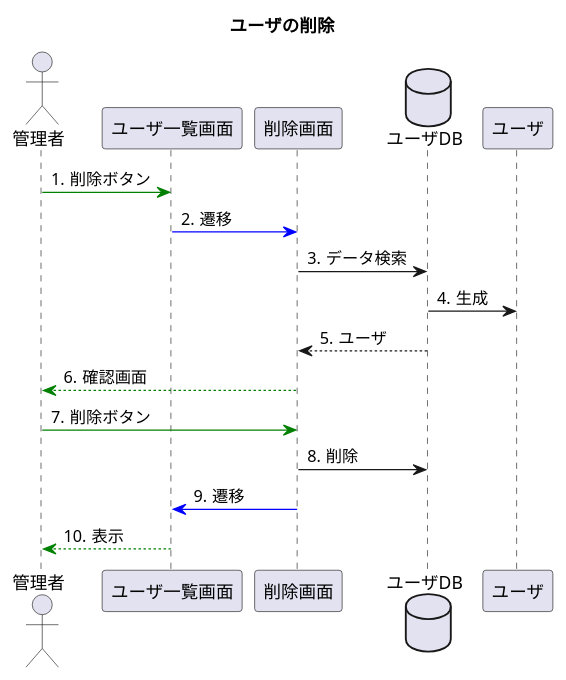
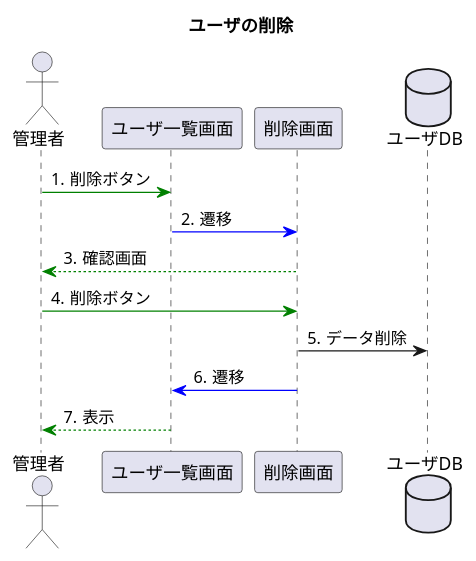
The diagram in uml/seq_del.pu (toufu66/ProjectC), drawn with PlantUML before and after one commit.

Commit message:
シーケンス図（削除）

```diff
--- a/uml/seq_del.pu
+++ b/uml/seq_del.pu
@@ -1,22 +1,19 @@
 @startuml
 title ユーザの削除
 
 autonumber "#."
 
 actor 管理者
 participant ユーザ一覧画面
 participant 削除画面
 database ユーザDB
-participant ユーザ
+
 
 管理者 -[#green]> ユーザ一覧画面:削除ボタン
 ユーザ一覧画面 -[#blue]> 削除画面:遷移
-削除画面 -> ユーザDB:データ検索
-ユーザDB -> ユーザ:生成
-ユーザDB --> 削除画面:ユーザ
 削除画面 --[#green]> 管理者:確認画面
 管理者 -[#green]> 削除画面:削除ボタン
-削除画面 -> ユーザDB:削除
+削除画面 -> ユーザDB:データ削除
 削除画面 -[#blue]> ユーザ一覧画面:遷移
 ユーザ一覧画面 --[#green]> 管理者:表示
 @enduml
```
